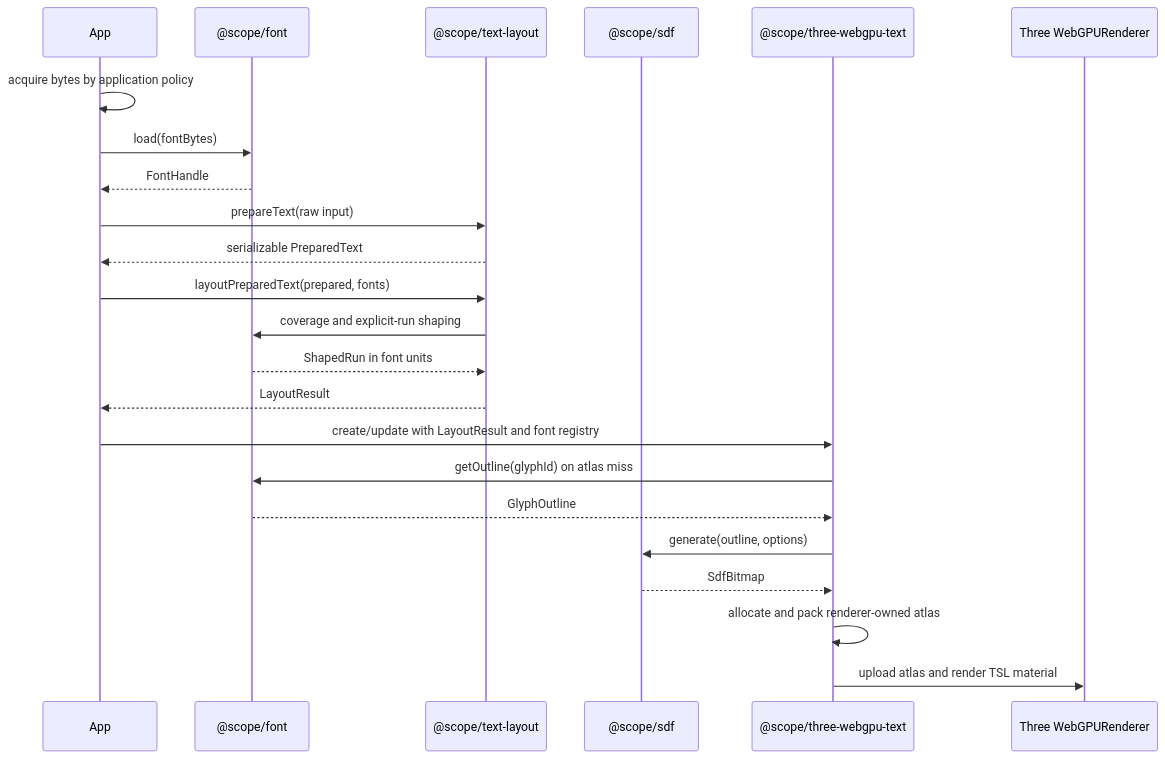
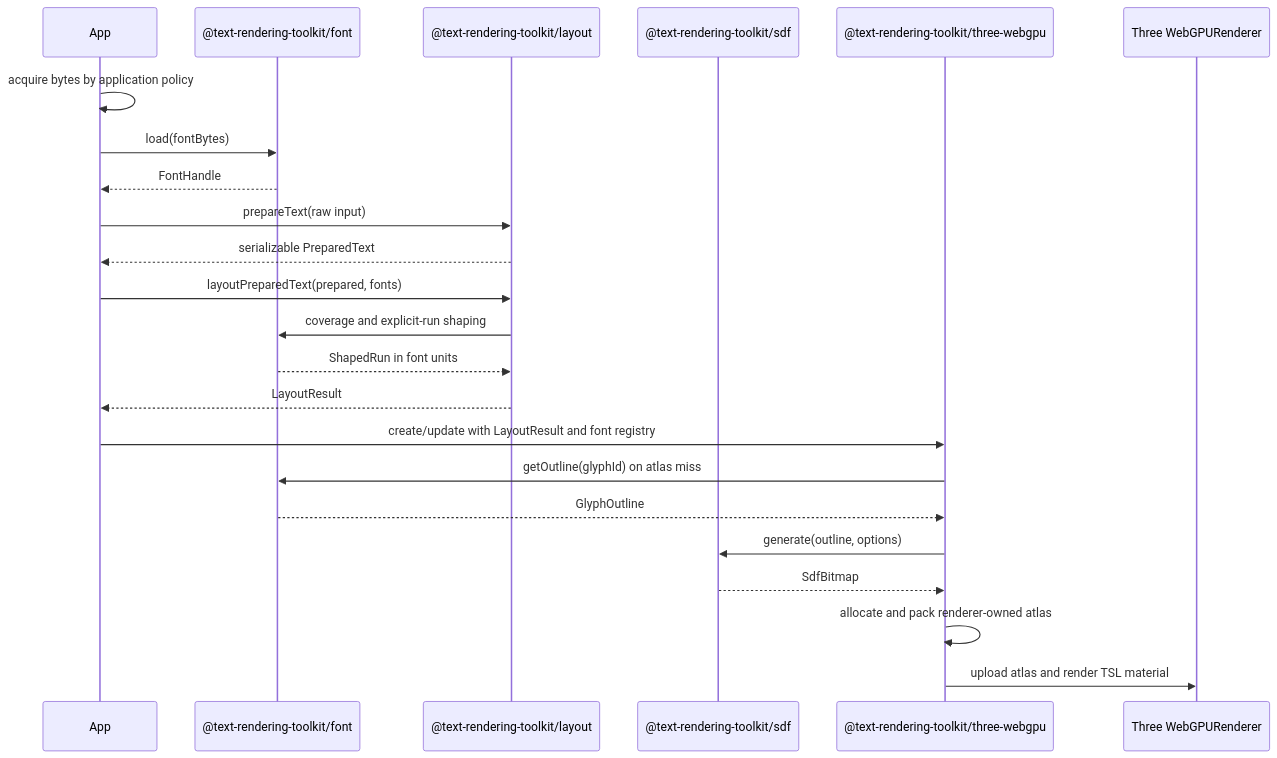
One commit to julia-script/text-rendering-toolkit changed the third of 8 diagrams in ARCHITECTURE.md. Above: the diagram before and after it, drawn with Mermaid. The commit also changed other lines of this file and 140 other files, not shown here.

Commit message:
chore: prepare text rendering toolkit release

````diff
--- a/ARCHITECTURE.md
+++ b/ARCHITECTURE.md
@@ -300,26 +300,26 @@
 ```mermaid
 sequenceDiagram
     participant App
-    participant Font as @scope/font
-    participant Layout as @scope/text-layout
-    participant SDF as @scope/sdf
-    participant Three as @scope/three-webgpu-text
+    participant Font as @text-rendering-toolkit/font
+    participant Layout as @text-rendering-toolkit/layout
+    participant SDF as @text-rendering-toolkit/sdf
+    participant Three as @text-rendering-toolkit/three-webgpu
     participant GPU as Three WebGPURenderer
 
     App->>App: acquire bytes by application policy
     App->>Font: load(fontBytes)
     Font-->>App: FontHandle
     App->>Layout: prepareText(raw input)
     Layout-->>App: serializable PreparedText
     App->>Layout: layoutPreparedText(prepared, fonts)
     Layout->>Font: coverage and explicit-run shaping
     Font-->>Layout: ShapedRun in font units
     Layout-->>App: LayoutResult
     App->>Three: create/update with LayoutResult and font registry
     Three->>Font: getOutline(glyphId) on atlas miss
     Font-->>Three: GlyphOutline
     Three->>SDF: generate(outline, options)
     SDF-->>Three: SdfBitmap
     Three->>Three: allocate and pack renderer-owned atlas
     Three->>GPU: upload atlas and render TSL material
 ```
````
